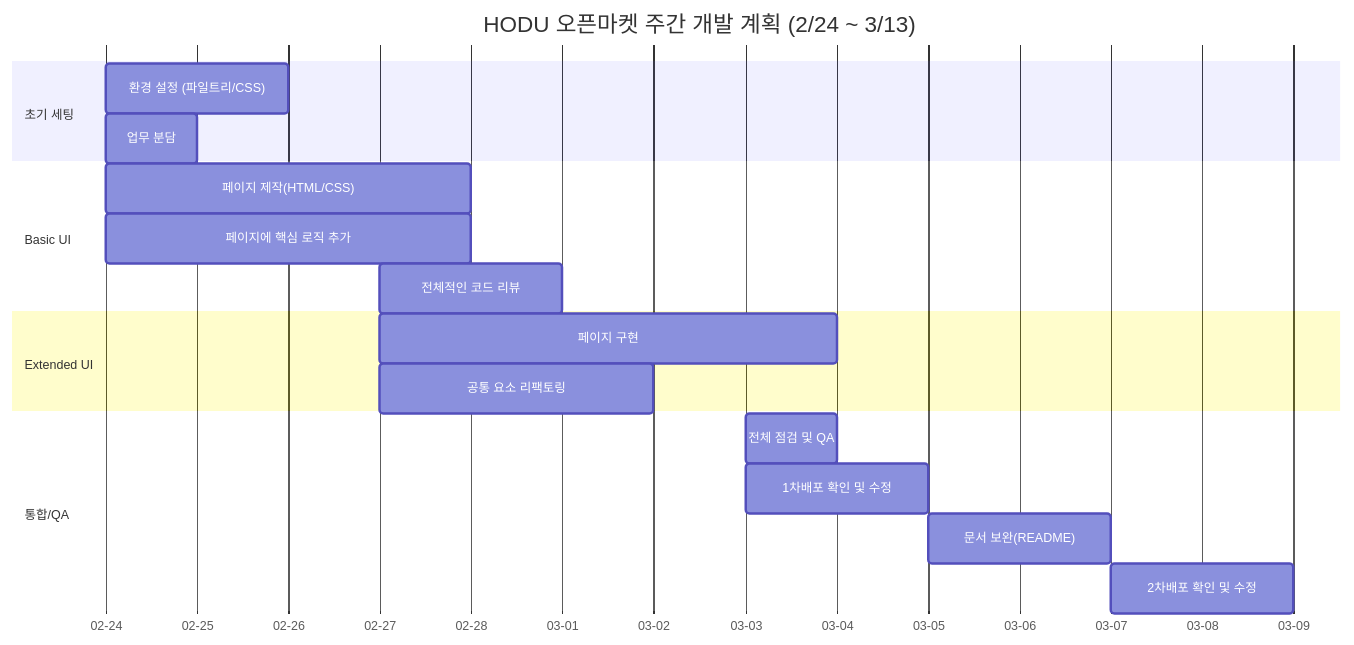
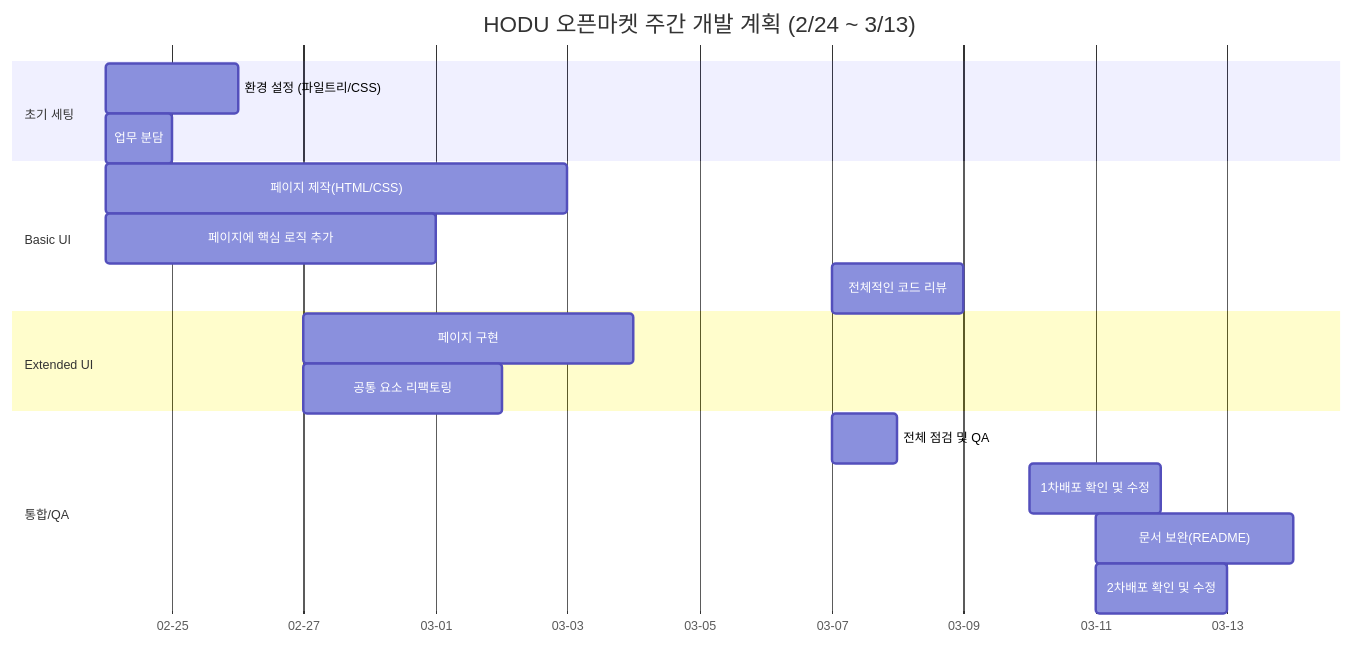
Before and after one commit to Study-In-03/Study-In: the diagram in README.md, drawn with Mermaid. The commit also changed other lines of this file and 1 other file, not shown here.

````diff
--- a/README.md
+++ b/README.md
@@ -72,26 +74,26 @@
 ```mermaid
 %%{init: { 'gantt': { 'barHeight': 40, 'fontSize': 10, 'sectionFontSize': 10, 'barGap': 0 } } }%%
 gantt
     title HODU 오픈마켓 주간 개발 계획 (2/24 ~ 3/13)
     dateFormat YYYY-MM-DD
     axisFormat %m-%d
 
     section 초기 세팅
         환경 설정 (파일트리/CSS)       :2026-02-24, 2d
         업무 분담    ::2026-02-24, 1d
 
     section Basic UI
-        페이지 제작(HTML/CSS)            :2026-02-24, 4d
-        페이지에 핵심 로직 추가      :2026-02-24, 4d
-        전체적인 코드 리뷰               :2026-02-27, 2d
+        페이지 제작(HTML/CSS)            :2026-02-24, 7d
+        페이지에 핵심 로직 추가      :2026-02-24, 5d
+        전체적인 코드 리뷰               :2026-03-07, 2d
 
     section Extended UI
         페이지 구현          :2026-02-27, 5d
         공통 요소 리팩토링            :2026-02-27, 3d
 
     section 통합/QA
-        전체 점검 및 QA               :2026-03-03, 1d
-        1차배포 확인 및 수정              :2026-03-03, 2d
-        문서 보완(README)             :2026-03-05, 2d
-        2차배포 확인 및 수정              :2026-03-07, 2d
+        전체 점검 및 QA               :2026-03-07, 1d
+        1차배포 확인 및 수정              :2026-03-10, 2d
+        문서 보완(README)             :2026-03-11, 3d
+        2차배포 확인 및 수정              :2026-03-11, 2d
 ```
````
